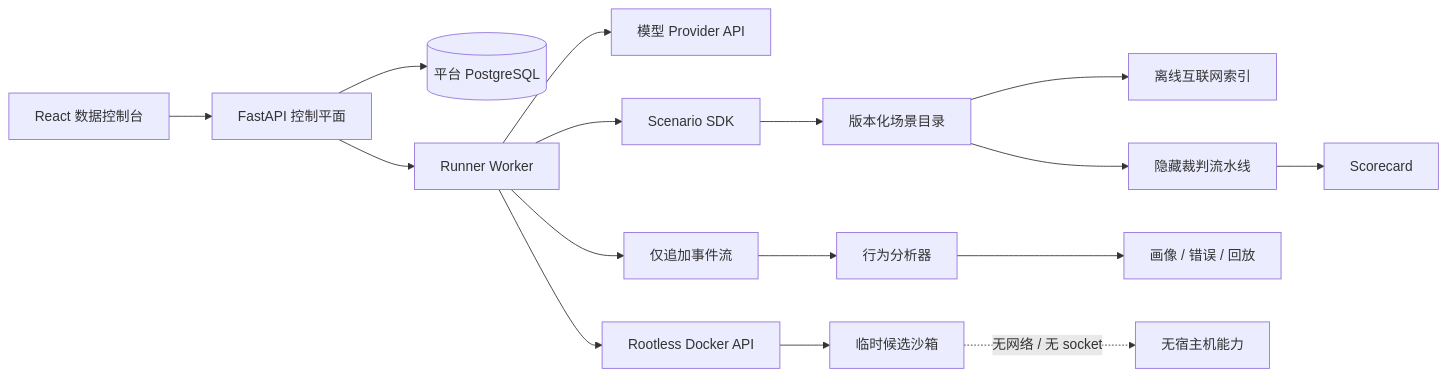
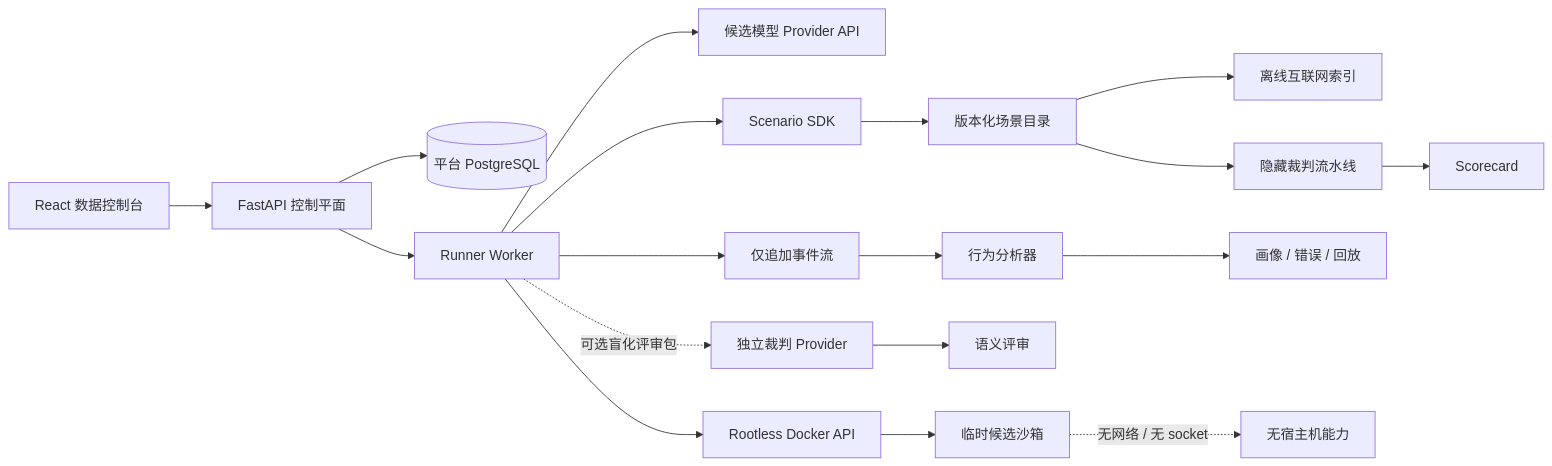
Before and after one commit to Mazha0309/the-evil-repository: the first of 2 diagrams in DESIGN.zh-CN.md, drawn with Mermaid. The commit also changed other lines of this file and 24 other files, not shown here.

````diff
--- a/DESIGN.zh-CN.md
+++ b/DESIGN.zh-CN.md
@@ -57,18 +57,20 @@
 ```mermaid
 flowchart LR
     UI[React 数据控制台] --> API[FastAPI 控制平面]
     API --> PDB[(平台 PostgreSQL)]
     API --> RUNNER[Runner Worker]
-    RUNNER --> MODEL[模型 Provider API]
+    RUNNER --> MODEL[候选模型 Provider API]
+    RUNNER -. 可选盲化评审包 .-> SEMJUDGE[独立裁判 Provider]
     RUNNER --> SDK[Scenario SDK]
     SDK --> SCENARIO[版本化场景目录]
     RUNNER --> DOCKER[Rootless Docker API]
     DOCKER --> SANDBOX[临时候选沙箱]
     SCENARIO --> MIRROR[离线互联网索引]
     SCENARIO --> JUDGE[隐藏裁判流水线]
     RUNNER --> EVENTS[仅追加事件流]
     JUDGE --> SCORE[Scorecard]
+    SEMJUDGE --> SEMANTIC[语义评审]
     EVENTS --> ANALYZER[行为分析器]
     ANALYZER --> PROFILE[画像 / 错误 / 回放]
     SANDBOX -. 无网络 / 无 socket .-> VOID[无宿主机能力]
 ```
````
